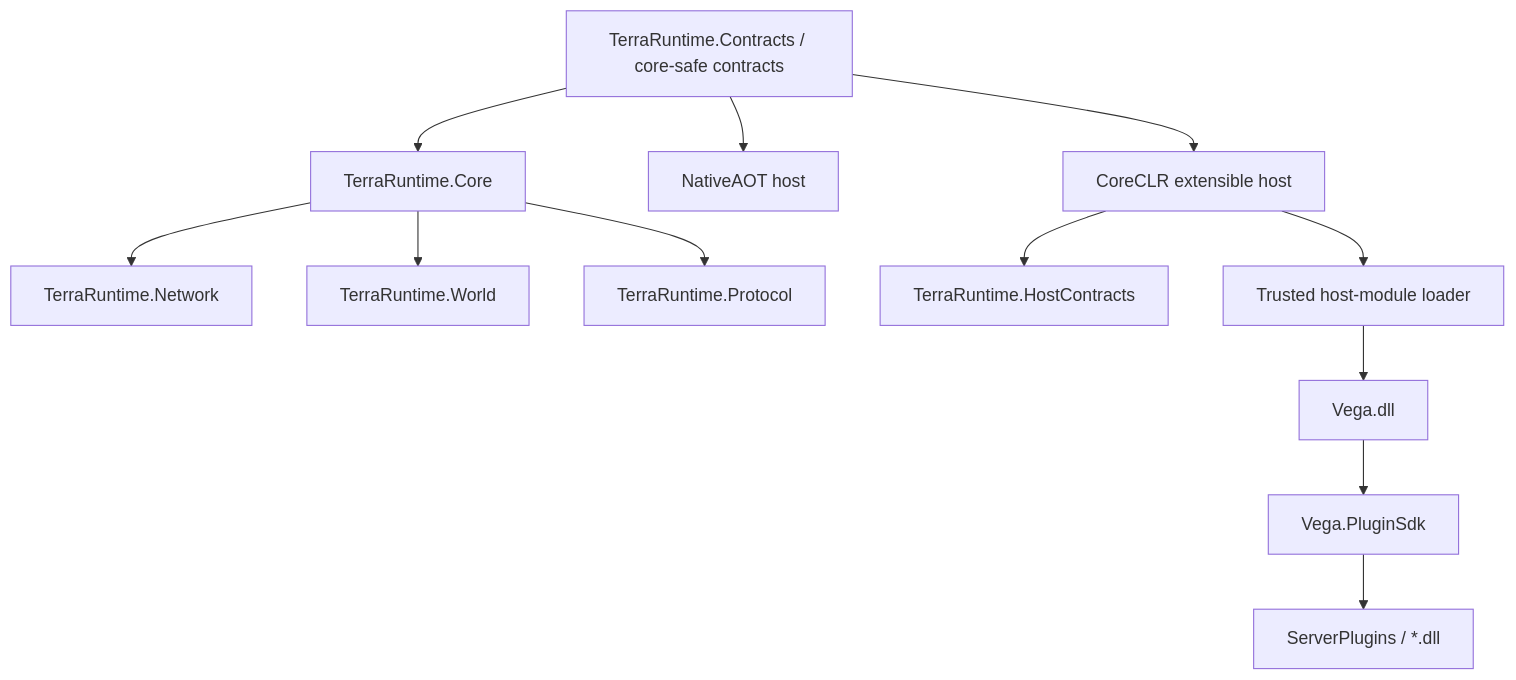
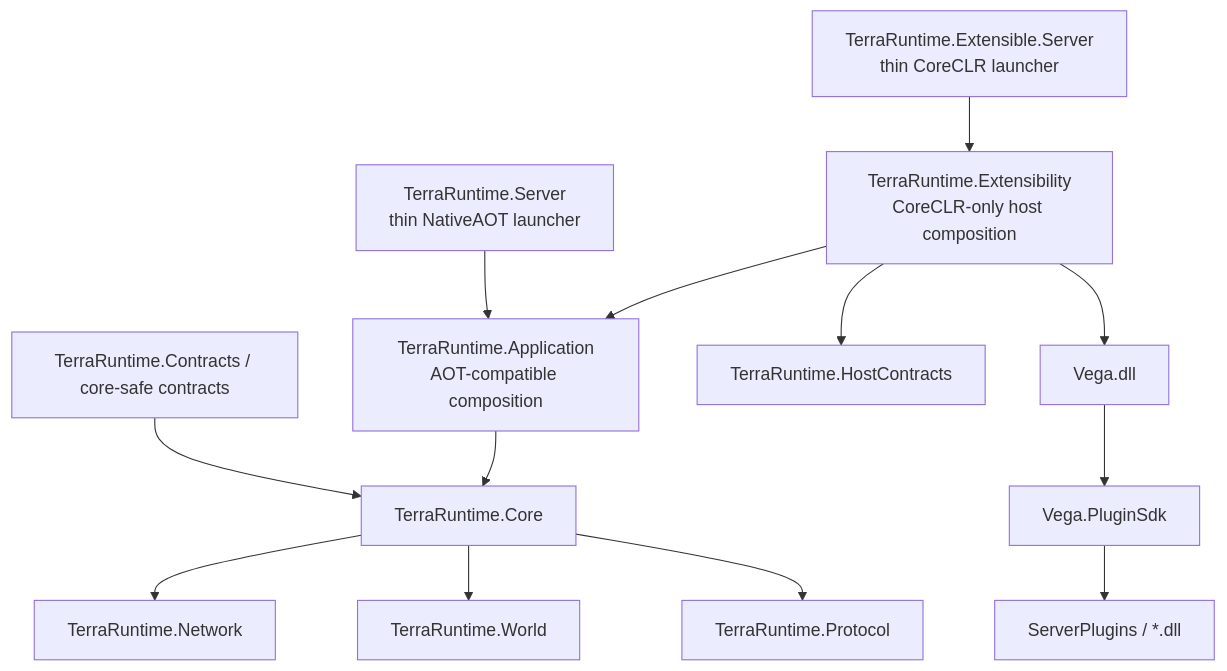
Before and after one commit to VegaKernel/TerraRuntime: the sixth of 6 diagrams in docs/roadmap/runtime-host-plugin-architecture.md, drawn with Mermaid. The commit also changed other lines of this file and 291 other files, not shown here.

First line of the commit message:
Split runtime into app and extensibility layers

````diff
--- a/docs/roadmap/runtime-host-plugin-architecture.md
+++ b/docs/roadmap/runtime-host-plugin-architecture.md
@@ -143,15 +143,20 @@
 ```mermaid
 flowchart TD
     Contracts["TerraRuntime.Contracts / core-safe contracts"] --> Core["TerraRuntime.Core"]
     Core --> Network["TerraRuntime.Network"]
     Core --> World["TerraRuntime.World"]
     Core --> Protocol["TerraRuntime.Protocol"]
 
-    Contracts --> Native["NativeAOT host"]
-    Contracts --> Ext["CoreCLR extensible host"]
-    Ext --> HostContracts["TerraRuntime.HostContracts"]
-    Ext --> Loader["Trusted host-module loader"]
+    App["TerraRuntime.Application
+AOT-compatible composition"] --> Core
+    Native["TerraRuntime.Server
+thin NativeAOT launcher"] --> App
+    Ext["TerraRuntime.Extensible.Server
+thin CoreCLR launcher"] --> Loader["TerraRuntime.Extensibility
+CoreCLR-only host composition"]
+    Loader --> App
+    Loader --> HostContracts["TerraRuntime.HostContracts"]
     Loader --> Vega["Vega.dll"]
     Vega --> Sdk["Vega.PluginSdk"]
     Sdk --> Plugins["ServerPlugins / *.dll"]
 ```
````
